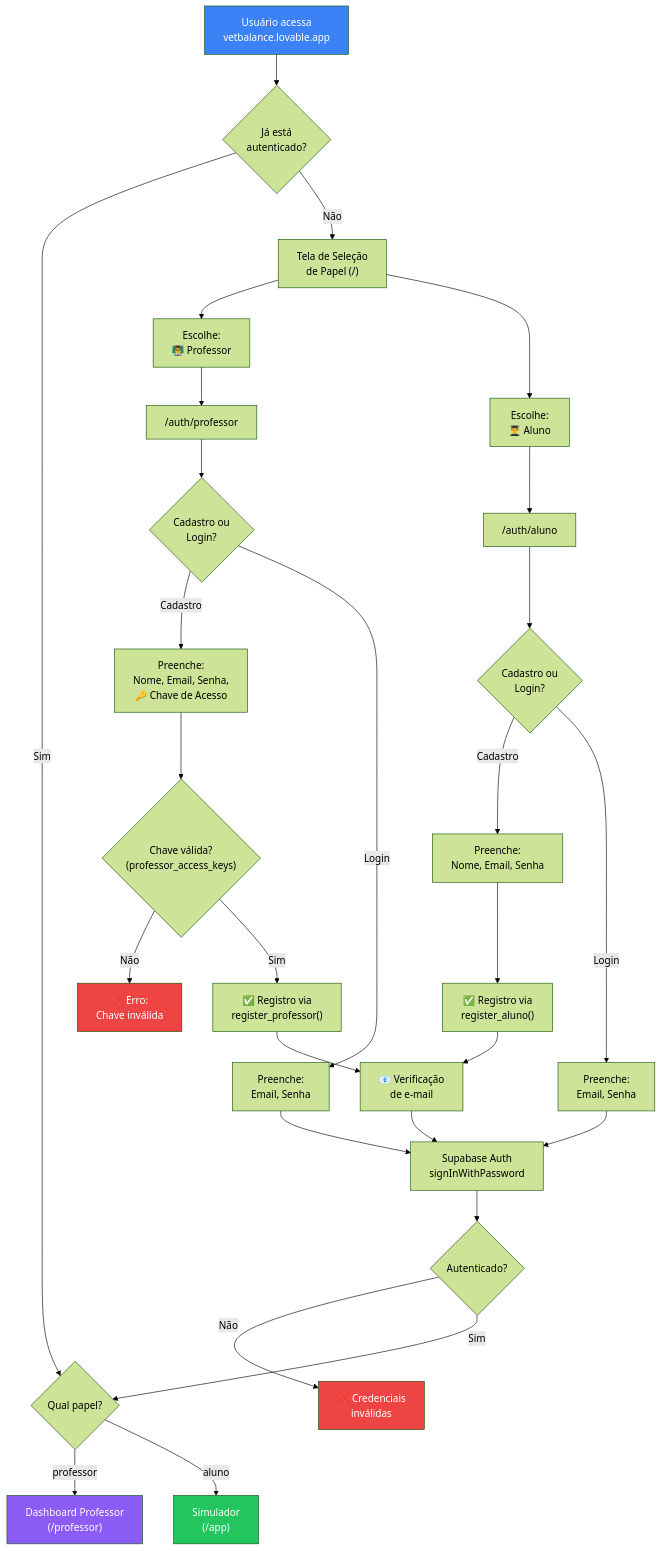
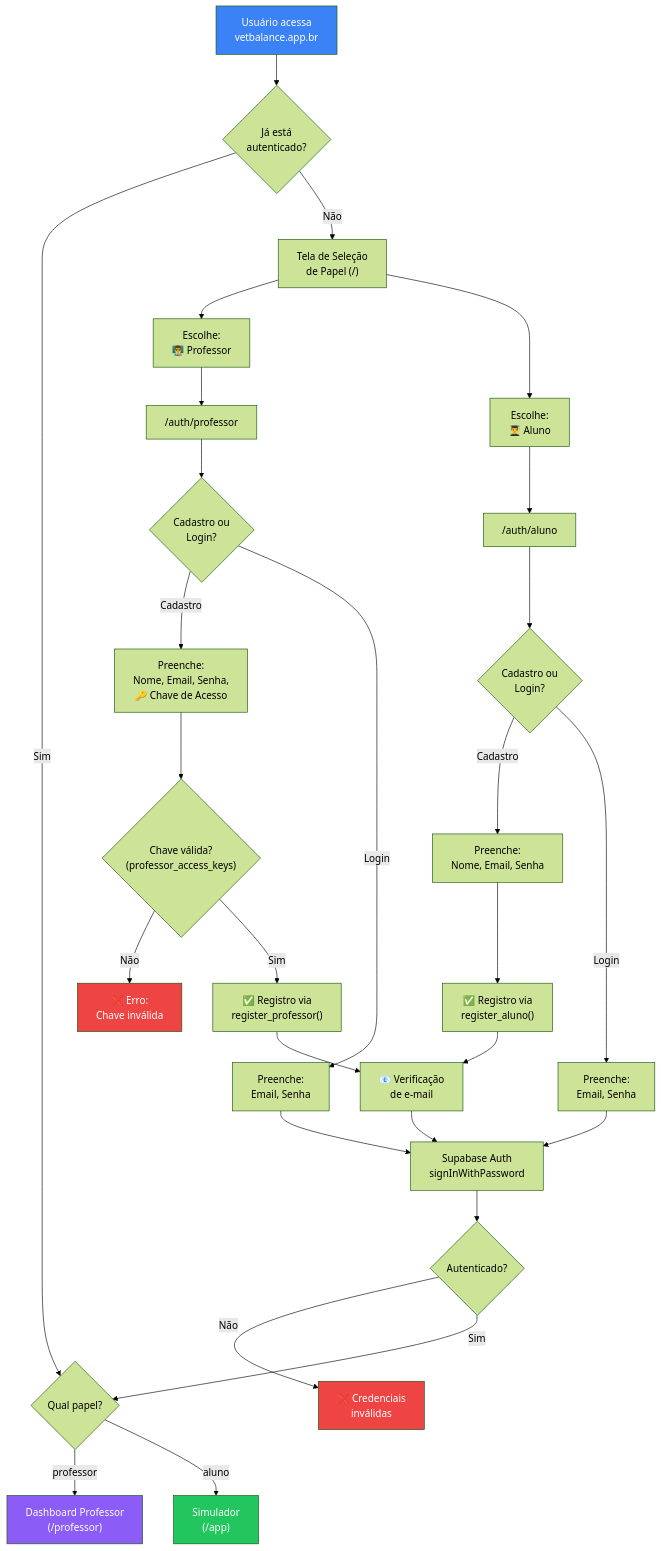
The second of 10 diagrams in DIAGRAMAS_MERMAID.md (KyoFaBraL/vet-sim-buddy), drawn with Mermaid (forest theme) before and after one commit.

````diff
--- a/DIAGRAMAS_MERMAID.md
+++ b/DIAGRAMAS_MERMAID.md
@@ -80,47 +80,47 @@
 ```mermaid
 flowchart TD
-    A["Usuário acessa<br/>vetbalance.lovable.app"] --> B{"Já está<br/>autenticado?"}
+    A["Usuário acessa<br/>vetbalance.app.br"] --> B{"Já está<br/>autenticado?"}
     B -- Sim --> C{"Qual papel?"}
     B -- Não --> D["Tela de Seleção<br/>de Papel (/)"]
 
     D --> E["Escolhe:<br/>👨‍🏫 Professor"]
     D --> F["Escolhe:<br/>👨‍🎓 Aluno"]
 
     E --> G["/auth/professor"]
     F --> H["/auth/aluno"]
 
     G --> I{"Cadastro ou<br/>Login?"}
     H --> J{"Cadastro ou<br/>Login?"}
 
     I -- Cadastro --> K["Preenche:<br/>Nome, Email, Senha,<br/>🔑 Chave de Acesso"]
     I -- Login --> L["Preenche:<br/>Email, Senha"]
 
     J -- Cadastro --> M["Preenche:<br/>Nome, Email, Senha"]
     J -- Login --> N["Preenche:<br/>Email, Senha"]
 
     K --> O{"Chave válida?<br/>(professor_access_keys)"}
     O -- Não --> P["❌ Erro:<br/>Chave inválida"]
     O -- Sim --> Q["✅ Registro via<br/>register_professor()"]
 
     M --> R["✅ Registro via<br/>register_aluno()"]
 
     L --> S["Supabase Auth<br/>signInWithPassword"]
     N --> S
 
     Q --> T["📧 Verificação<br/>de e-mail"]
     R --> T
 
     T --> S
     S --> U{"Autenticado?"}
     U -- Não --> V["❌ Credenciais<br/>inválidas"]
     U -- Sim --> C
 
     C -- professor --> W["Dashboard Professor<br/>(/professor)"]
     C -- aluno --> X["Simulador<br/>(/app)"]
 
     style A fill:#3b82f6,color:#fff
     style W fill:#8b5cf6,color:#fff
     style X fill:#22c55e,color:#fff
     style P fill:#ef4444,color:#fff
     style V fill:#ef4444,color:#fff
 ```
````
